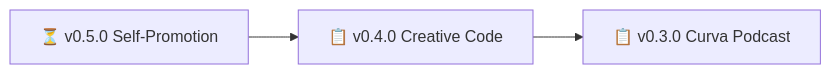
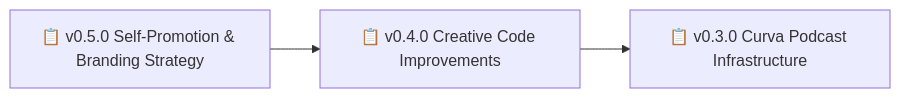
Before and after one commit to nonlinear/nonlinear.github.io: the diagram in README.md, drawn with Mermaid. The commit also changed other lines of this file and 4 other files, not shown here.

Commit message:
Auto-generate mermaid diagrams in all backstage files

````diff
--- a/README.md
+++ b/README.md
@@ -15,5 +15,8 @@
 ```mermaid
 graph LR
-    A[⏳ v0.5.0 Self-Promotion] --> B[📋 v0.4.0 Creative Code]
-    B --> C[📋 v0.3.0 Curva Podcast]
+    A[📋 v0.5.0 Self-Promotion & Branding Strategy]
+    B[📋 v0.4.0 Creative Code Improvements]
+    A --> B
+    C[📋 v0.3.0 Curva Podcast Infrastructure]
+    B --> C
 ```
````
